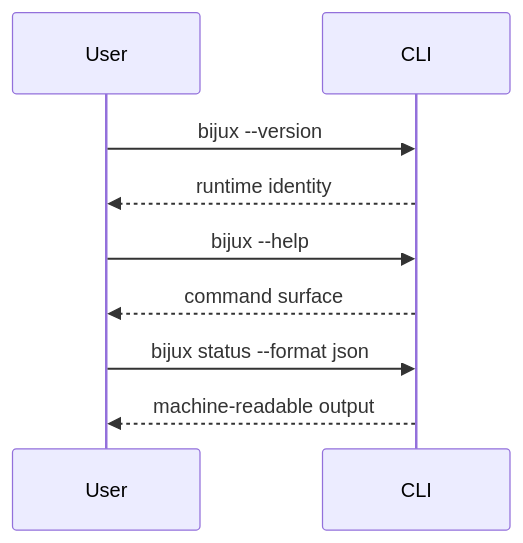
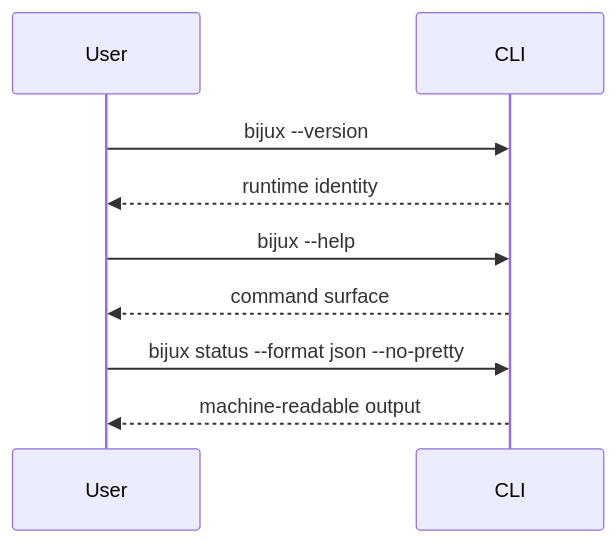
The first of 2 diagrams in docs/01-introduction/first-run.md (bijux/bijux-cli), drawn with Mermaid before and after one commit. The commit also changed other lines of this file and 3 other files, not shown here.

````diff
--- a/docs/01-introduction/first-run.md
+++ b/docs/01-introduction/first-run.md
@@ -8,11 +8,11 @@
 ```mermaid
 sequenceDiagram
     participant U as User
     participant C as CLI
     U->>C: bijux --version
     C-->>U: runtime identity
     U->>C: bijux --help
     C-->>U: command surface
-    U->>C: bijux status --format json
+    U->>C: bijux status --format json --no-pretty
     C-->>U: machine-readable output
 ```
````
